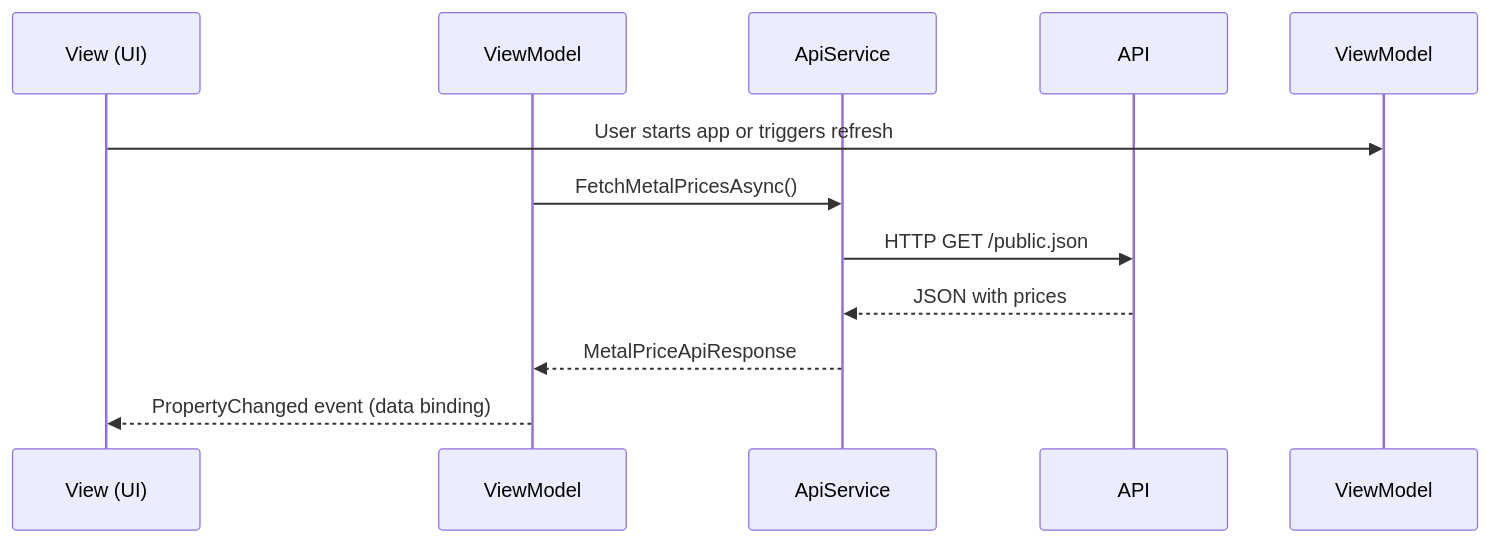
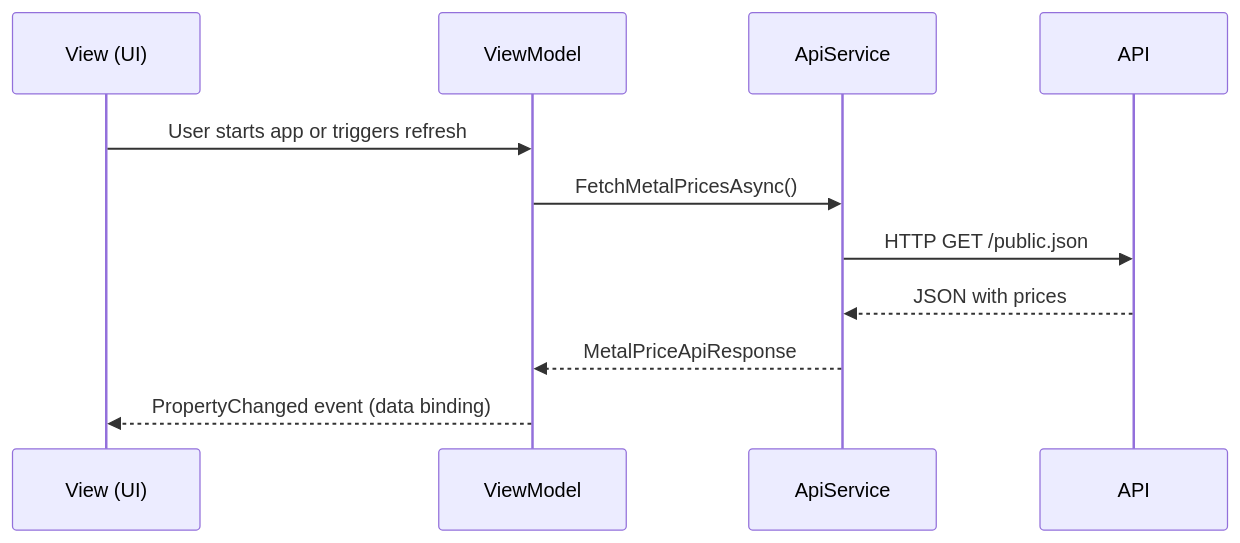
Before and after one commit to Moritz-Gluch/PreciousMetalsManager: the second of 2 diagrams in README.md, drawn with Mermaid.

Commit message:
DEFECT-02 Fix diagram appearance

````diff
--- a/README.md
+++ b/README.md
@@ -88,14 +88,14 @@
 ```mermaid
 sequenceDiagram
     participant UI as View (UI)
     participant VM as ViewModel
     participant ApiService
     participant API
 
-    UI->>ViewModel: User starts app or triggers refresh
+    UI->>VM: User starts app or triggers refresh
     VM->>ApiService: FetchMetalPricesAsync()
     ApiService->>API: HTTP GET /public.json
     API-->>ApiService: JSON with prices
     ApiService-->>VM: MetalPriceApiResponse
     VM-->>UI: PropertyChanged event (data binding)
 ```
````
